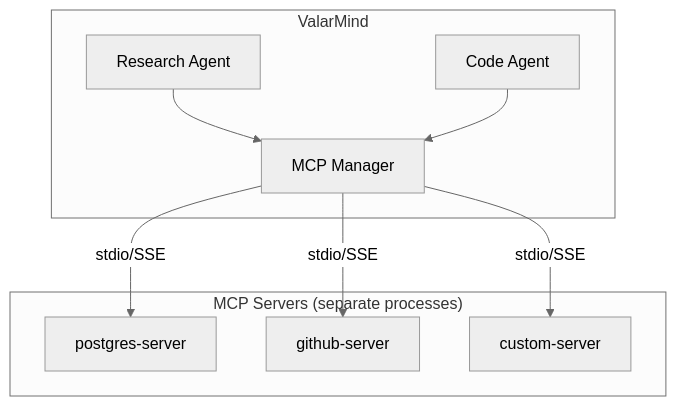
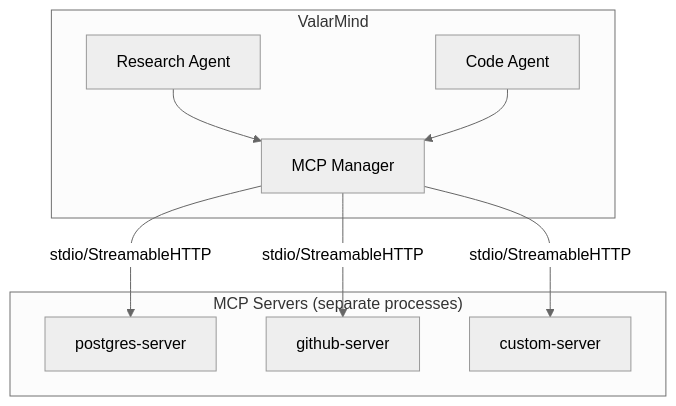
One commit to Bruno-Cunha-Souza/valarmind-code changed the second of 3 diagrams in docs/plugins.md. Above: the diagram before and after it, drawn with Mermaid (neutral theme). The commit also changed other lines of this file and 3 other files, not shown here.

````diff
--- a/docs/plugins.md
+++ b/docs/plugins.md
@@ -77,20 +77,20 @@
 ```mermaid
 flowchart TD
     subgraph VM["ValarMind"]
         A["Research Agent"]
         B["Code Agent"]
         C["MCP Manager"]
     end
 
     subgraph SERVERS["MCP Servers (separate processes)"]
         D["postgres-server"]
         E["github-server"]
         F["custom-server"]
     end
 
     A --> C
     B --> C
-    C -->|"stdio/SSE"| D
-    C -->|"stdio/SSE"| E
-    C -->|"stdio/SSE"| F
+    C -->|"stdio/StreamableHTTP"| D
+    C -->|"stdio/StreamableHTTP"| E
+    C -->|"stdio/StreamableHTTP"| F
 ```
````
